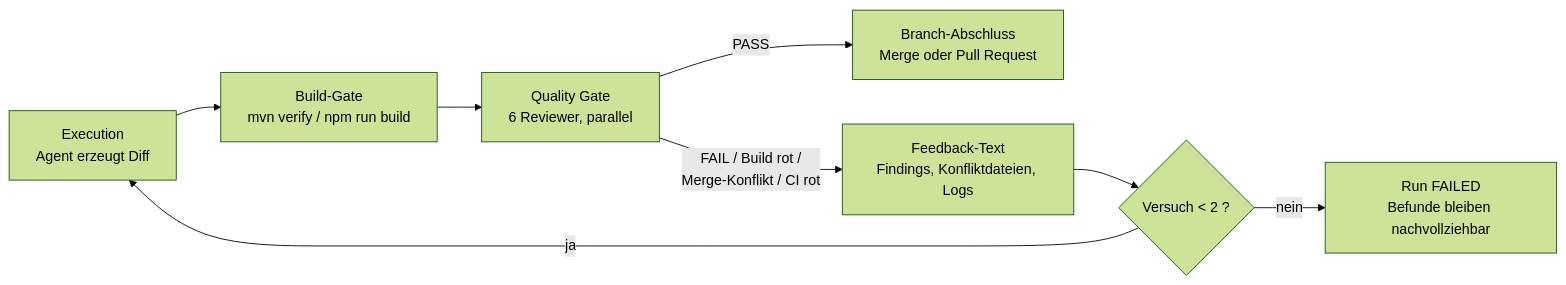
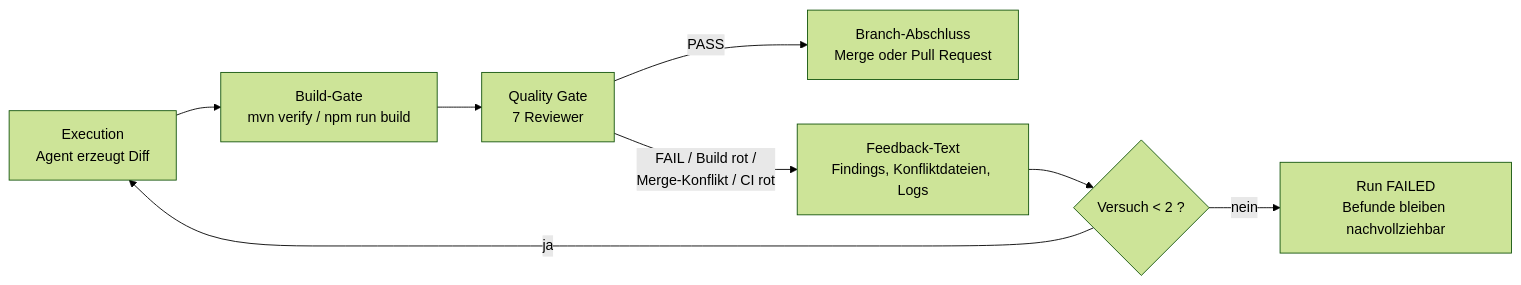
Before and after one commit to mjanda0815/agentic-publikation: the tenth of 10 diagrams in quellen/softwarefabrik/03-systemdiagramme.md, drawn with Mermaid (forest theme). The commit also changed other lines of this file and 57 other files, not shown here.

````diff
--- a/quellen/softwarefabrik/03-systemdiagramme.md
+++ b/quellen/softwarefabrik/03-systemdiagramme.md
@@ -360,10 +404,10 @@
 ```mermaid
 flowchart LR
     EX["Execution<br/>Agent erzeugt Diff"] --> BUILD["Build-Gate<br/>mvn verify / npm run build"]
-    BUILD --> GATE["Quality Gate<br/>6 Reviewer, parallel"]
+    BUILD --> GATE["Quality Gate<br/>7 Reviewer"]
     GATE -->|PASS| MERGE["Branch-Abschluss<br/>Merge oder Pull Request"]
     GATE -->|"FAIL / Build rot /<br/>Merge-Konflikt / CI rot"| FB["Feedback-Text<br/>Findings, Konfliktdateien, Logs"]
     FB --> COUNT{"Versuch &lt; 2 ?"}
     COUNT -->|ja| EX
     COUNT -->|nein| FAILED["Run FAILED<br/>Befunde bleiben nachvollziehbar"]
 ```
````
